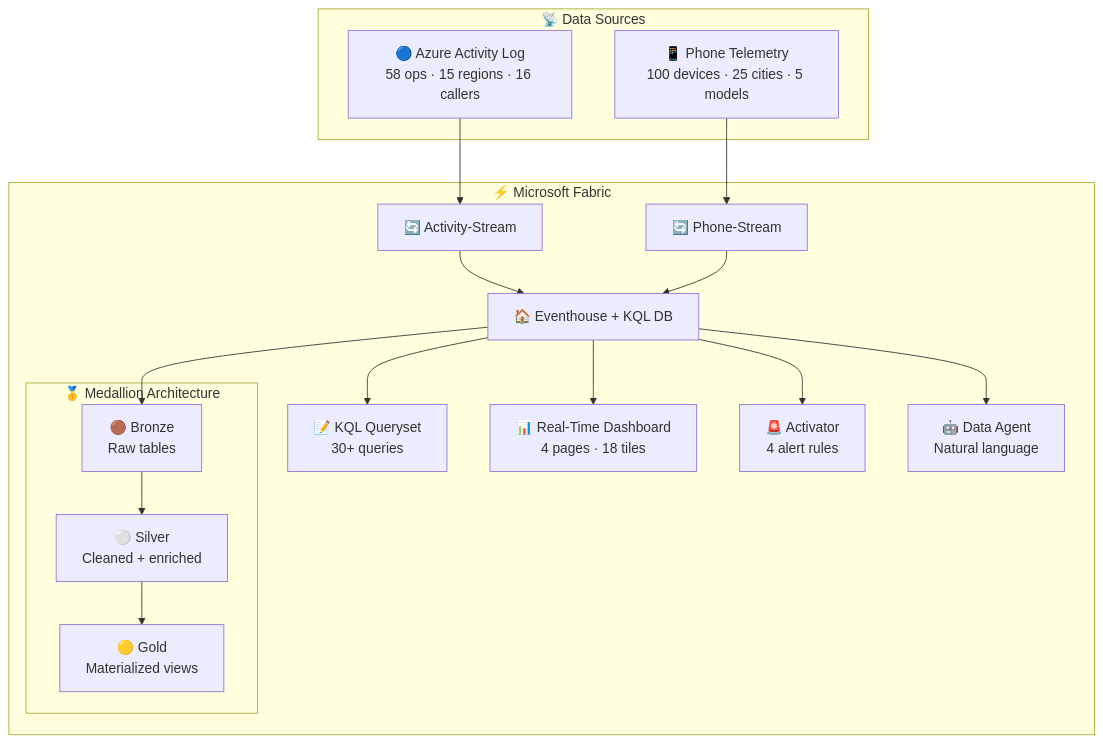
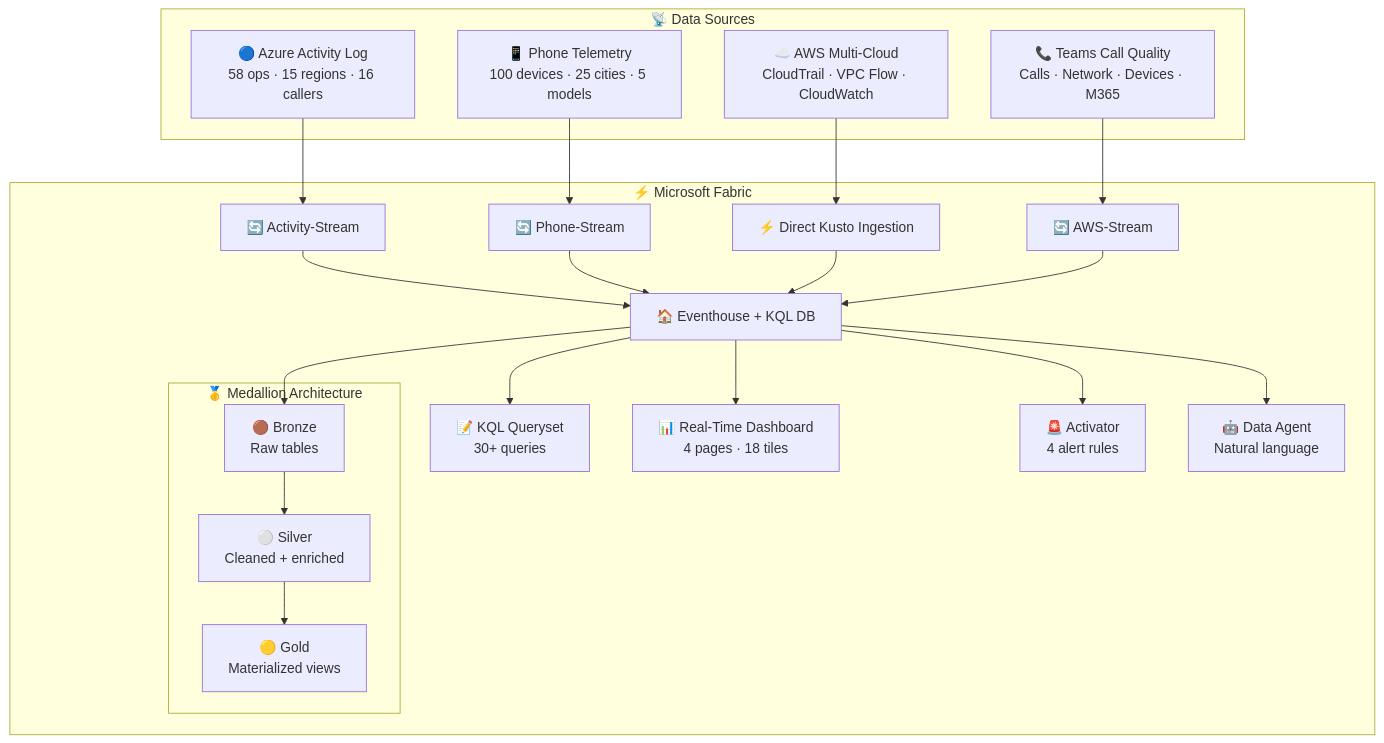
Before and after one commit to cyphou/FabricRTI: the diagram in README.md, drawn with Mermaid. The commit also changed other lines of this file and 3 other files, not shown here.

First line of the commit message:
Update docs: 4 data sources, direct Kusto for AWS, full medallion architecture

````diff
--- a/README.md
+++ b/README.md
@@ -69,32 +74,38 @@
 ```mermaid
 flowchart TB
     subgraph Sources["📡 Data Sources"]
         AZ["🔵 Azure Activity Log\n58 ops · 15 regions · 16 callers"]
         PH["📱 Phone Telemetry\n100 devices · 25 cities · 5 models"]
+        AWS["☁️ AWS Multi-Cloud\nCloudTrail · VPC Flow · CloudWatch"]
+        TM["📞 Teams Call Quality\nCalls · Network · Devices · M365"]
     end
 
     subgraph Fabric["⚡ Microsoft Fabric"]
         ES1["🔄 Activity-Stream"]
         ES2["🔄 Phone-Stream"]
+        ES3["🔄 AWS-Stream"]
+        DI["⚡ Direct Kusto Ingestion"]
         EH["🏠 Eventhouse + KQL DB"]
         
         subgraph Medallion["🥇 Medallion Architecture"]
             B["🟤 Bronze\nRaw tables"]
             S["⚪ Silver\nCleaned + enriched"]
             G["🟡 Gold\nMaterialized views"]
         end
 
         QS["📝 KQL Queryset\n30+ queries"]
         DB["📊 Real-Time Dashboard\n4 pages · 18 tiles"]
         AL["🚨 Activator\n4 alert rules"]
         DA["🤖 Data Agent\nNatural language"]
     end
 
     AZ --> ES1 --> EH
     PH --> ES2 --> EH
+    AWS --> DI --> EH
+    TM --> ES3 --> EH
     EH --> B --> S --> G
     EH --> QS
     EH --> DB
     EH --> AL
     EH --> DA
 ```
````
